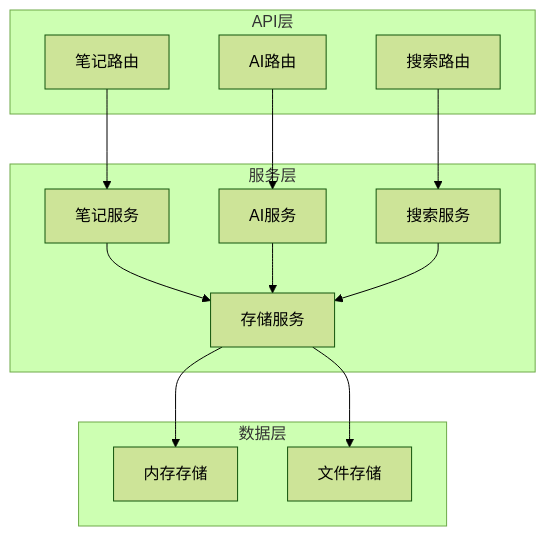
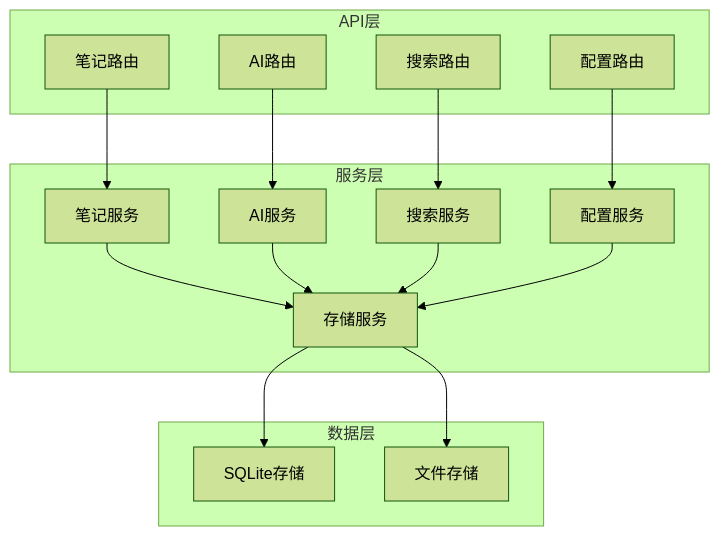
The fourth of 5 diagrams in .qoder/repowiki/zh/content/API接口文档/API接口文档.md (acproject/tomato_notebook), drawn with Mermaid (forest theme) before and after one commit. The commit also changed other lines of this file and 14 other files, not shown here.

````diff
--- a/.qoder/repowiki/zh/content/API接口文档/API接口文档.md
+++ b/.qoder/repowiki/zh/content/API接口文档/API接口文档.md
@@ -557,26 +720,30 @@
 ```mermaid
 graph TD
 subgraph "API层"
 NotesRoute[笔记路由]
 AIRoute[AI路由]
 SearchRoute[搜索路由]
+ConfigRoute[配置路由]
 end
 subgraph "服务层"
 NoteService[笔记服务]
 AIService[AI服务]
 SearchService[搜索服务]
 StorageService[存储服务]
+ConfigService[配置服务]
 end
 subgraph "数据层"
-MemoryStore[内存存储]
+SQLiteStore[SQLite存储]
 FileStore[文件存储]
 end
 NotesRoute --> NoteService
 AIRoute --> AIService
 SearchRoute --> SearchService
+ConfigRoute --> ConfigService
 NoteService --> StorageService
 AIService --> StorageService
 SearchService --> StorageService
-StorageService --> MemoryStore
+ConfigService --> StorageService
+StorageService --> SQLiteStore
 StorageService --> FileStore
 ```
````
